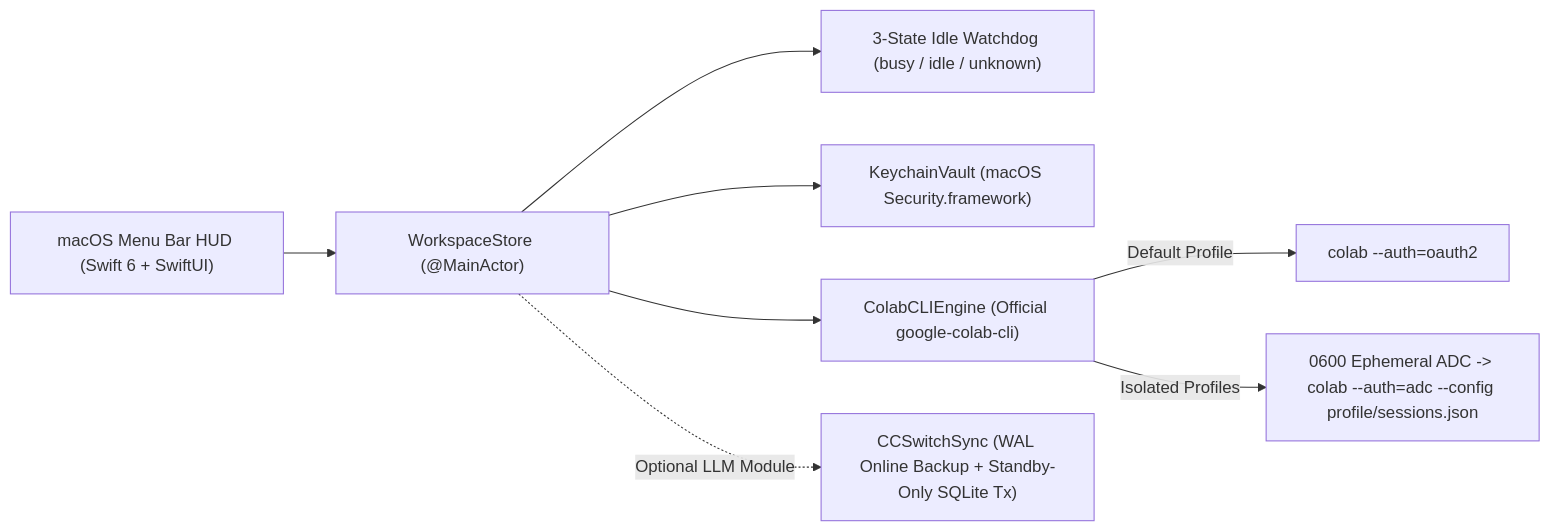
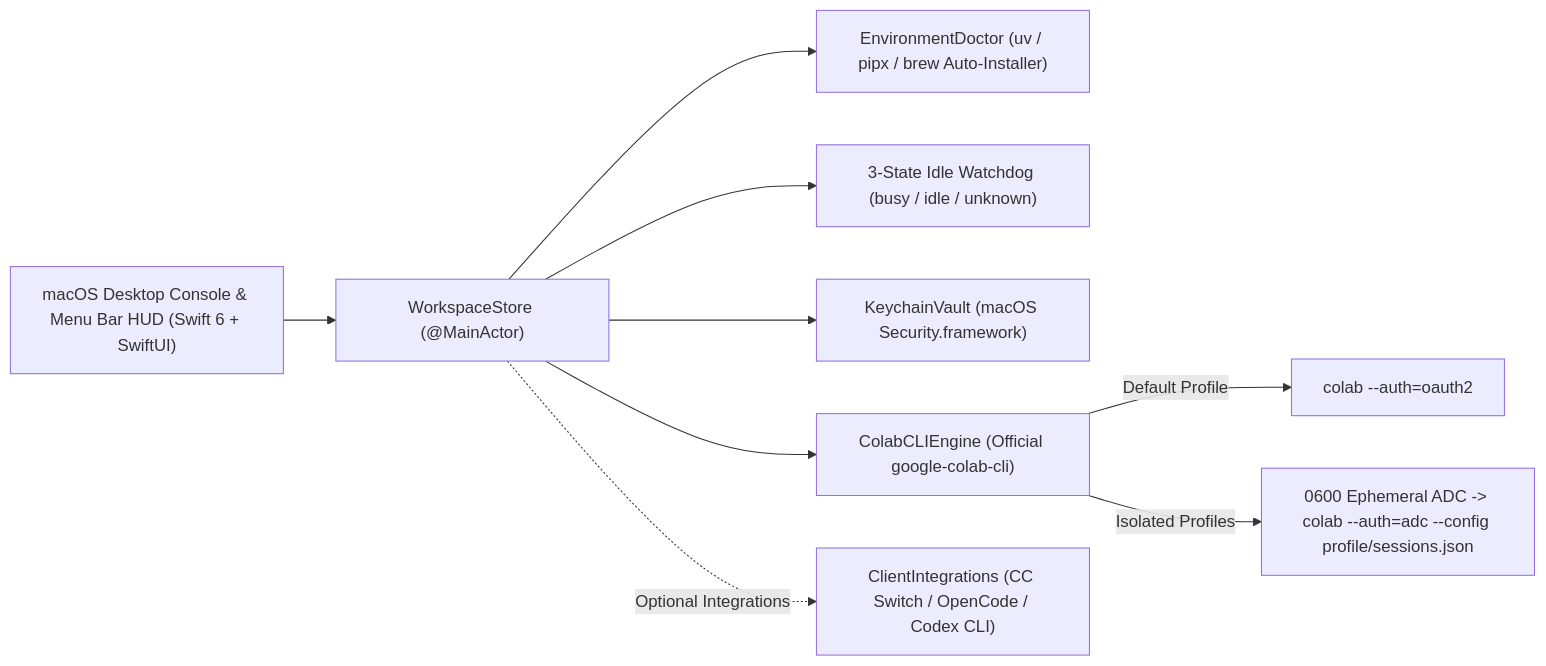
One commit to LJMStark/Colab-Tools changed the diagram in README.md. Above: the diagram before and after it, drawn with Mermaid. The commit also changed other lines of this file and 25 other files, not shown here.

Commit message:
feat: Mole-style desktop console, HIG typography, CLI onboarding & responsive fixes (v0.3.6)

````diff
--- a/README.md
+++ b/README.md
@@ -67,11 +74,12 @@
 ```mermaid
 flowchart LR
-    HUD["macOS Menu Bar HUD (Swift 6 + SwiftUI)"] --> Store["WorkspaceStore (@MainActor)"]
+    HUD["macOS Desktop Console & Menu Bar HUD (Swift 6 + SwiftUI)"] --> Store["WorkspaceStore (@MainActor)"]
+    Store --> Doctor["EnvironmentDoctor (uv / pipx / brew Auto-Installer)"]
     Store --> Watchdog["3-State Idle Watchdog (busy / idle / unknown)"]
     Store --> Vault["KeychainVault (macOS Security.framework)"]
     Store --> Engine["ColabCLIEngine (Official google-colab-cli)"]
 
     Engine -->|"Default Profile"| OAuth["colab --auth=oauth2"]
     Engine -->|"Isolated Profiles"| ADC["0600 Ephemeral ADC -> colab --auth=adc --config profile/sessions.json"]
-    Store -.->|"Optional LLM Module"| CCSwitch["CCSwitchSync (WAL Online Backup + Standby-Only SQLite Tx)"]
+    Store -.->|"Optional Integrations"| Clients["ClientIntegrations (CC Switch / OpenCode / Codex CLI)"]
 ```
````
